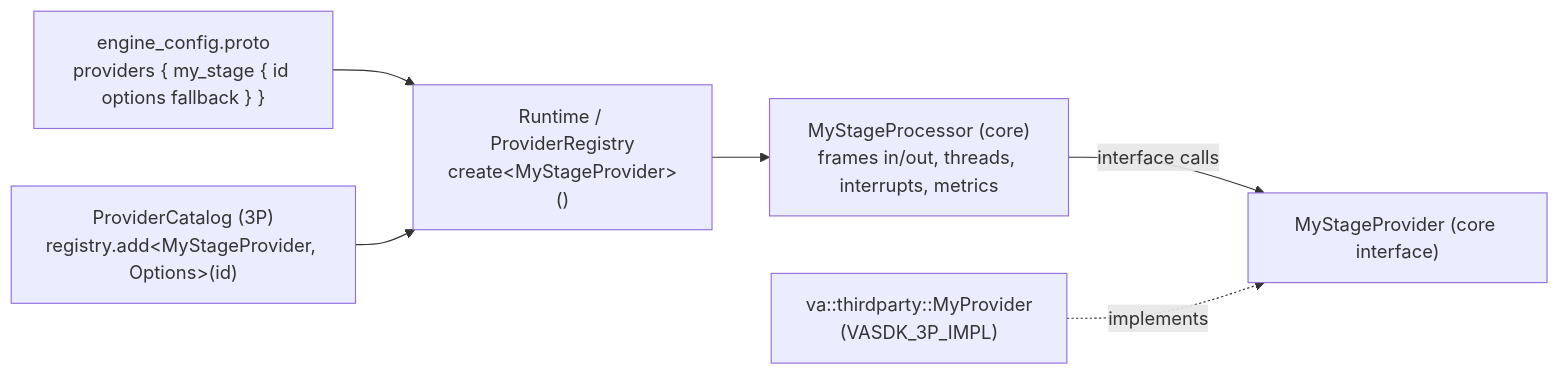
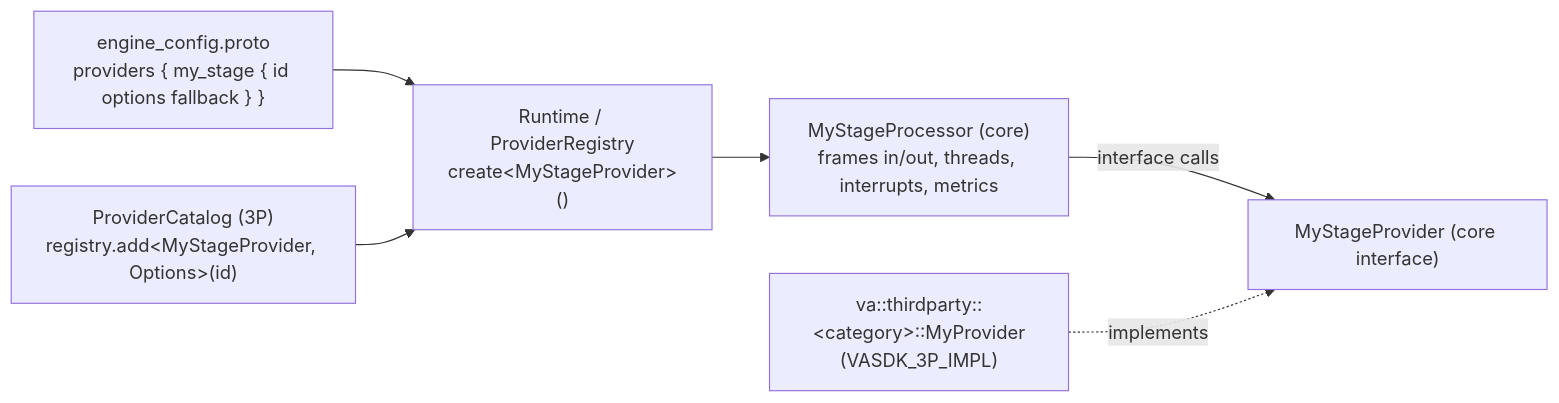
Before and after one commit to fatehmtd/VASDK: the diagram in skills/vasdk-core-component/SKILL.md, drawn with Mermaid. The commit also changed 185 other files, not shown here.

````diff
--- a/skills/vasdk-core-component/SKILL.md
+++ b/skills/vasdk-core-component/SKILL.md
@@ -12,8 +12,8 @@
 ```mermaid
 flowchart LR
     Config["engine_config.proto<br/>providers { my_stage { id options fallback } }"] --> Runtime["Runtime / ProviderRegistry<br/>create&lt;MyStageProvider&gt;()"]
     Catalog["ProviderCatalog (3P)<br/>registry.add&lt;MyStageProvider, Options&gt;(id)"] --> Runtime
     Runtime --> Processor["MyStageProcessor (core)<br/>frames in/out, threads, interrupts, metrics"]
     Processor -->|"interface calls"| Interface["MyStageProvider (core interface)"]
-    Impl["va::thirdparty::MyProvider<br/>(VASDK_3P_IMPL)"] -. implements .-> Interface
+    Impl["va::thirdparty::&lt;category&gt;::MyProvider<br/>(VASDK_3P_IMPL)"] -. implements .-> Interface
 ```
````
